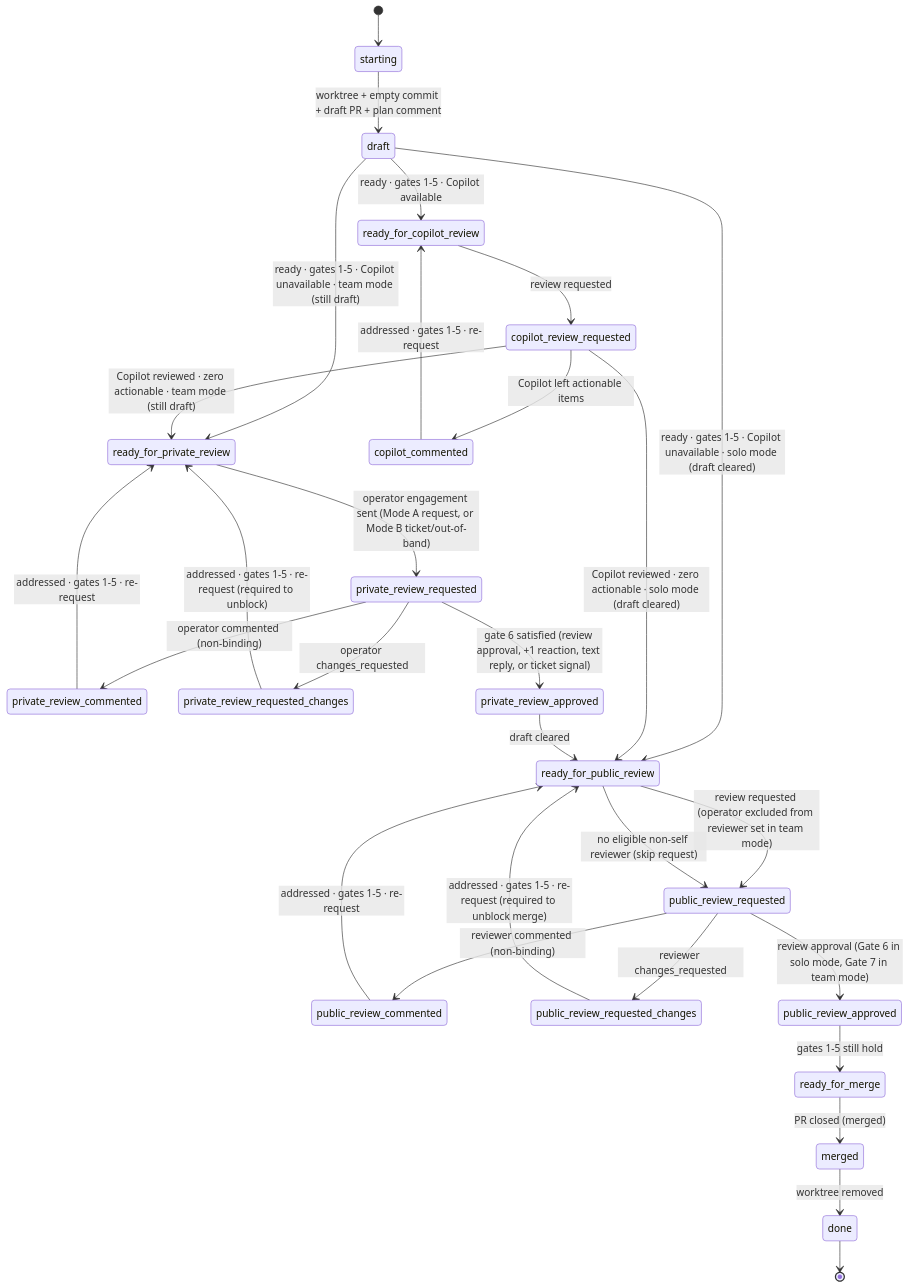
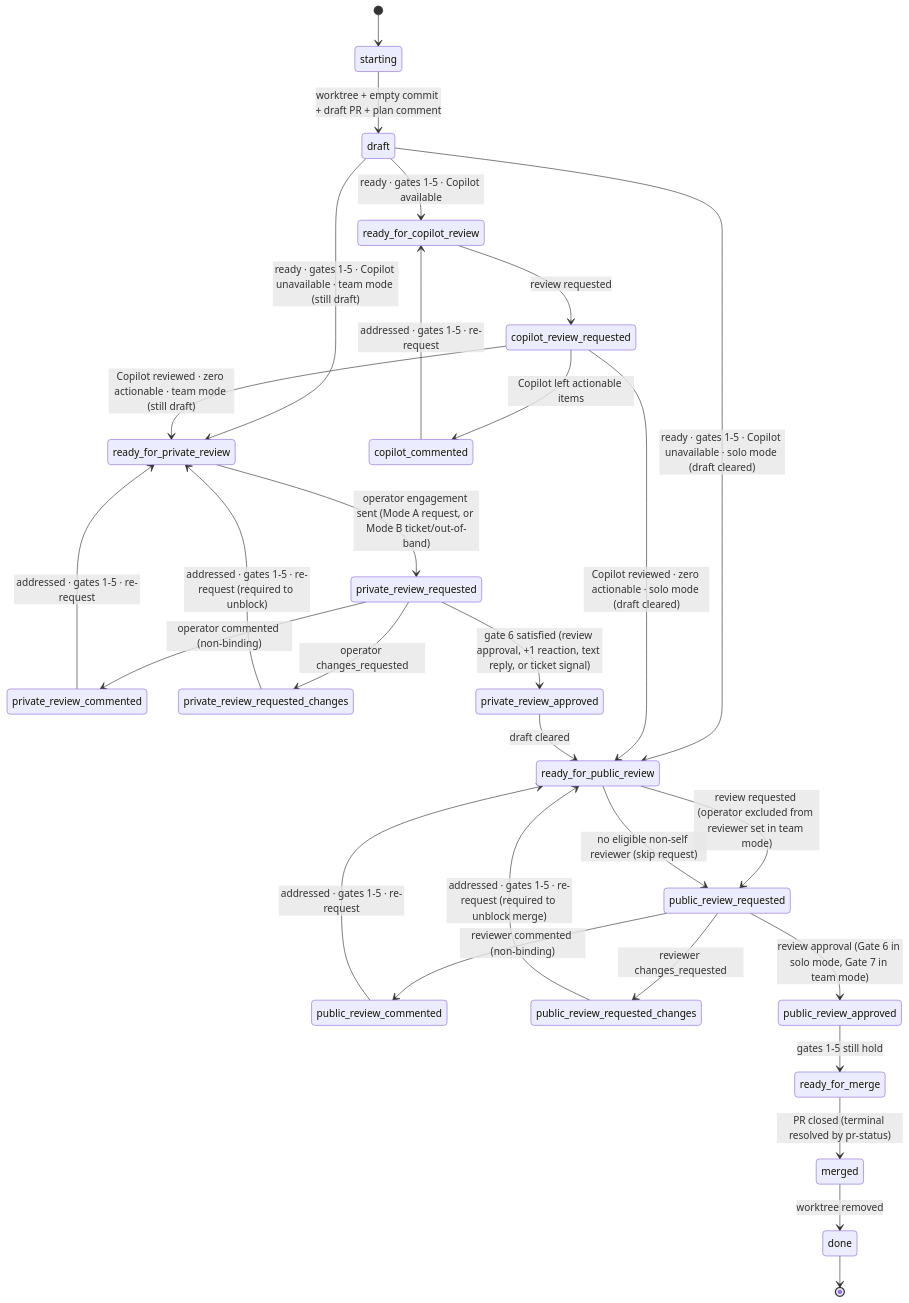
The diagram in plugins/dispatch/skills/deliver/SKILL.md (ianwremmel/agentic), drawn with Mermaid before and after one commit. The commit also changed other lines of this file and 3 other files, not shown here.

First line of the commit message:
deliver: detect closed-but-merged PRs in pr-status

````diff
--- a/plugins/dispatch/skills/deliver/SKILL.md
+++ b/plugins/dispatch/skills/deliver/SKILL.md
@@ -47,47 +47,47 @@
 ```mermaid
 stateDiagram-v2
     [*] --> starting
 
     starting --> draft: worktree + empty commit + draft PR + plan comment
 
     draft --> ready_for_copilot_review: ready · gates 1-5 · Copilot available
     draft --> ready_for_public_review: ready · gates 1-5 · Copilot unavailable · solo mode (draft cleared)
     draft --> ready_for_private_review: ready · gates 1-5 · Copilot unavailable · team mode (still draft)
 
     ready_for_copilot_review --> copilot_review_requested: review requested
 
     copilot_review_requested --> copilot_commented: Copilot left actionable items
     copilot_review_requested --> ready_for_public_review: Copilot reviewed · zero actionable · solo mode (draft cleared)
     copilot_review_requested --> ready_for_private_review: Copilot reviewed · zero actionable · team mode (still draft)
 
     copilot_commented --> ready_for_copilot_review: addressed · gates 1-5 · re-request
 
     ready_for_private_review --> private_review_requested: operator engagement sent (Mode A request, or Mode B ticket/out-of-band)
 
     private_review_requested --> private_review_commented: operator commented (non-binding)
     private_review_requested --> private_review_requested_changes: operator changes_requested
     private_review_requested --> private_review_approved: gate 6 satisfied (review approval, +1 reaction, text reply, or ticket signal)
 
     private_review_commented --> ready_for_private_review: addressed · gates 1-5 · re-request
     private_review_requested_changes --> ready_for_private_review: addressed · gates 1-5 · re-request (required to unblock)
 
     private_review_approved --> ready_for_public_review: draft cleared
 
     ready_for_public_review --> public_review_requested: review requested (operator excluded from reviewer set in team mode)
     ready_for_public_review --> public_review_requested: no eligible non-self reviewer (skip request)
 
     public_review_requested --> public_review_commented: reviewer commented (non-binding)
     public_review_requested --> public_review_requested_changes: reviewer changes_requested
     public_review_requested --> public_review_approved: review approval (Gate 6 in solo mode, Gate 7 in team mode)
 
     public_review_commented --> ready_for_public_review: addressed · gates 1-5 · re-request
     public_review_requested_changes --> ready_for_public_review: addressed · gates 1-5 · re-request (required to unblock merge)
 
     public_review_approved --> ready_for_merge: gates 1-5 still hold
 
-    ready_for_merge --> merged: PR closed (merged)
+    ready_for_merge --> merged: PR closed (terminal resolved by pr-status)
 
     merged --> done: worktree removed
 
     done --> [*]
 ```
````
